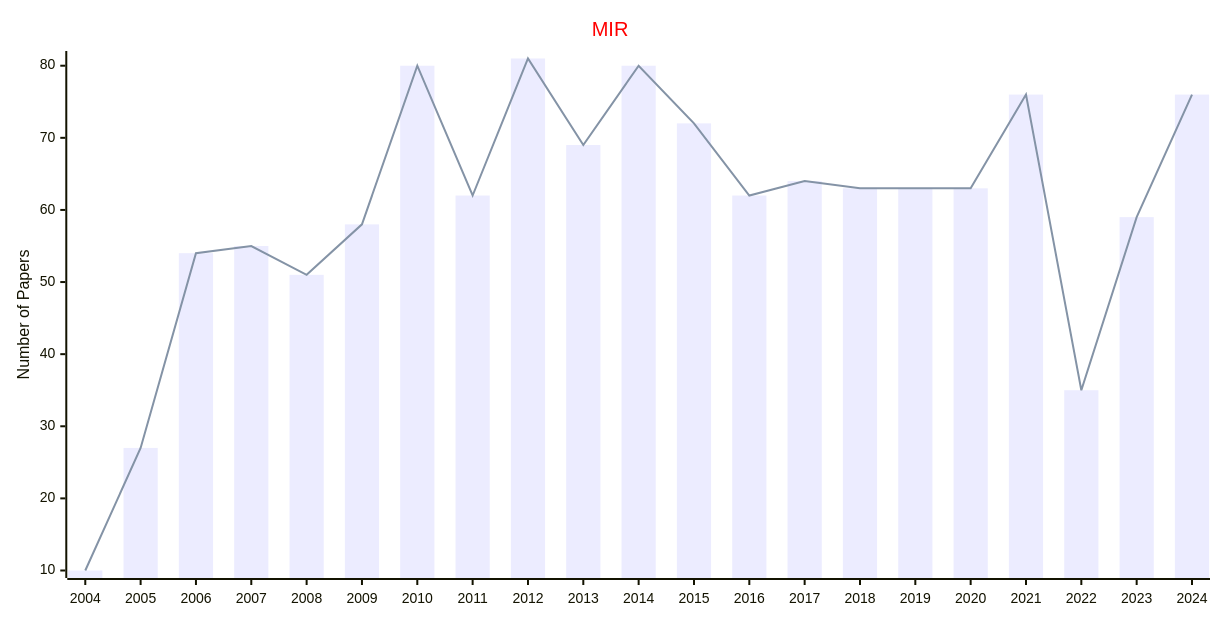
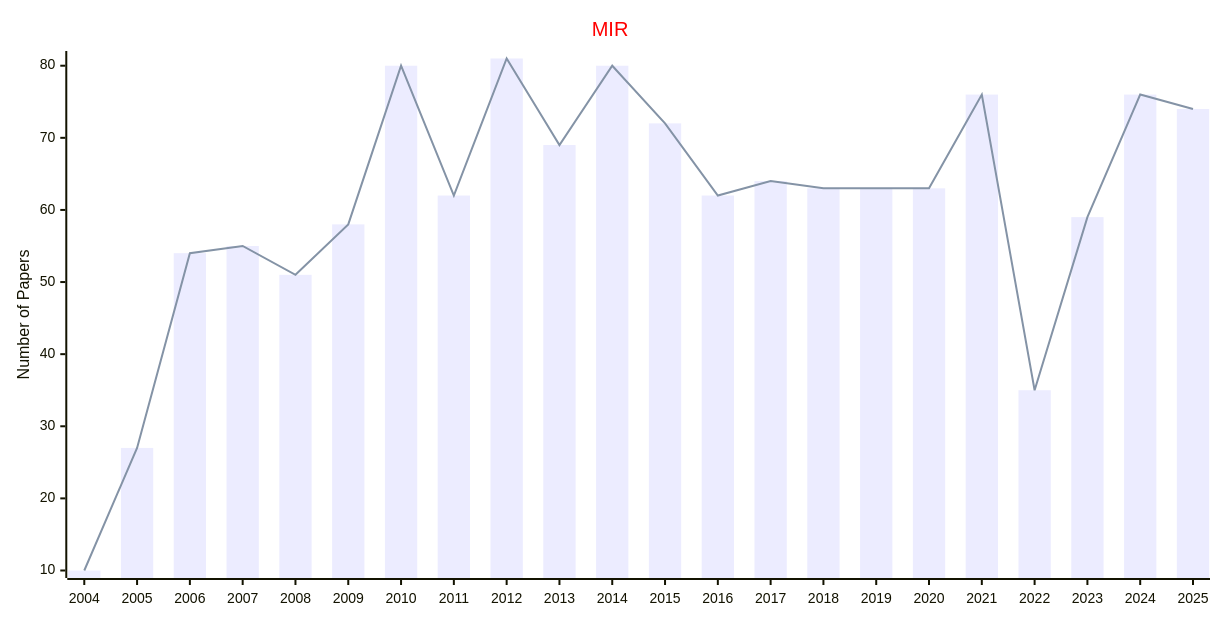
One commit to Easy-PhD/AILinks changed the second of 4 diagrams in docs/data/Journals/Statistics_Journals/Swarm_Intelligence.md. Above: the diagram before and after it, drawn with Mermaid. The commit also changed other lines of this file and 107 other files, not shown here.

````diff
--- a/docs/data/Journals/Statistics_Journals/Swarm_Intelligence.md
+++ b/docs/data/Journals/Statistics_Journals/Swarm_Intelligence.md
@@ -33,17 +33,17 @@
 ```mermaid
 ---
 config:
     xyChart:
         width: 1200
         height: 600
     themeVariables:
         xyChart:
             titleColor: "#ff0000"
 ---
 xychart-beta
     title "MIR"
-    x-axis [2004, 2005, 2006, 2007, 2008, 2009, 2010, 2011, 2012, 2013, 2014, 2015, 2016, 2017, 2018, 2019, 2020, 2021, 2022, 2023, 2024]
+    x-axis [2004, 2005, 2006, 2007, 2008, 2009, 2010, 2011, 2012, 2013, 2014, 2015, 2016, 2017, 2018, 2019, 2020, 2021, 2022, 2023, 2024, 2025]
     y-axis "Number of Papers"
-    bar [10, 27, 54, 55, 51, 58, 80, 62, 81, 69, 80, 72, 62, 64, 63, 63, 63, 76, 35, 59, 76]
-    line [10, 27, 54, 55, 51, 58, 80, 62, 81, 69, 80, 72, 62, 64, 63, 63, 63, 76, 35, 59, 76]
+    bar [10, 27, 54, 55, 51, 58, 80, 62, 81, 69, 80, 72, 62, 64, 63, 63, 63, 76, 35, 59, 76, 74]
+    line [10, 27, 54, 55, 51, 58, 80, 62, 81, 69, 80, 72, 62, 64, 63, 63, 63, 76, 35, 59, 76, 74]
 ```
````
